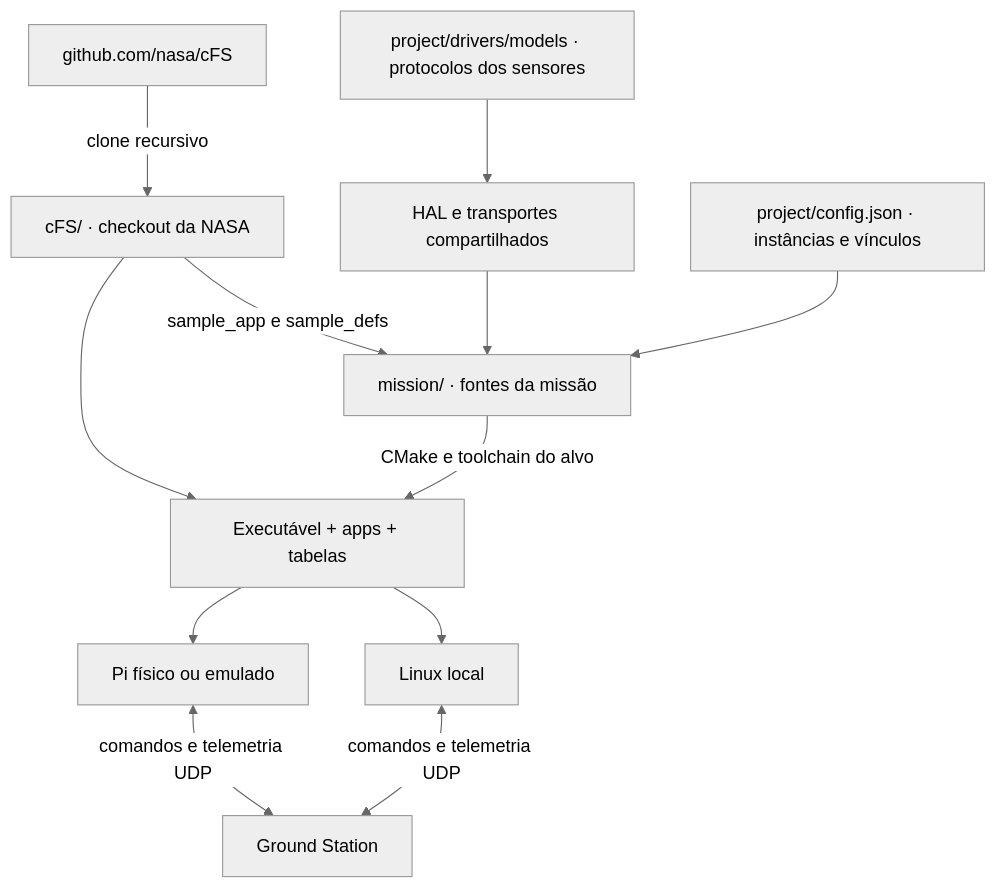
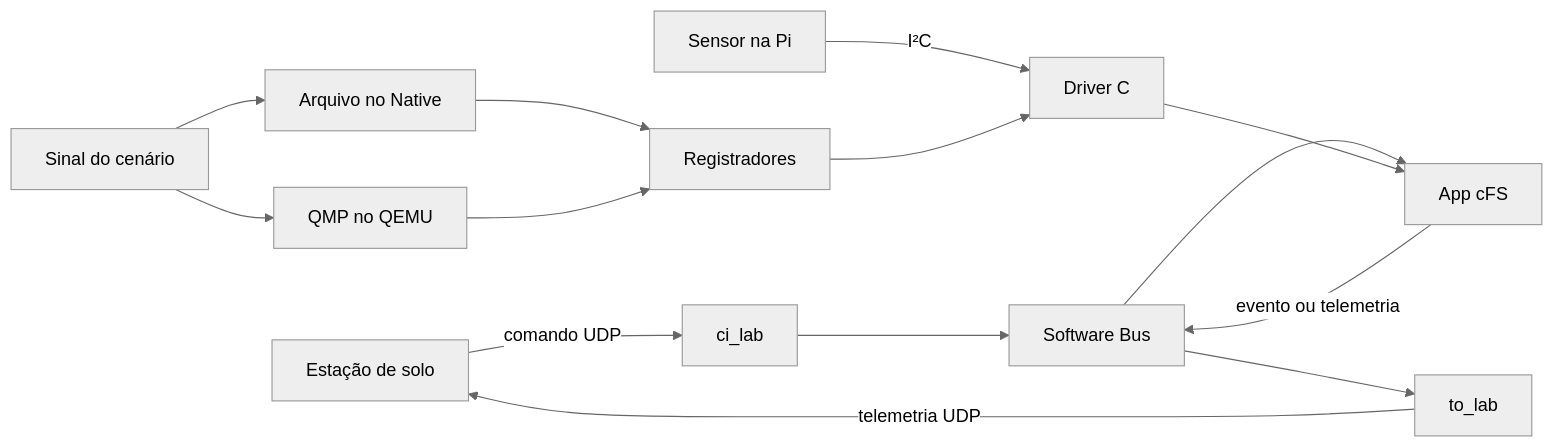
One commit to Raiagues/cfs_emulator changed the third of 3 diagrams in README.md. Above: the diagram before and after it, drawn with Mermaid (neutral theme). The commit also changed other lines of this file and 10 other files, not shown here.

````diff
--- a/README.md
+++ b/README.md
@@ -43,14 +85,9 @@
 ```mermaid
-flowchart TD
-    NASA[github.com/nasa/cFS] -->|clone recursivo| UP[cFS/ · checkout da NASA]
-    UP -->|sample_app e sample_defs| M[mission/ · fontes da missão]
-    Models[project/drivers/models · protocolos dos sensores] --> HAL[HAL e transportes compartilhados]
-    HAL --> M
-    Config[project/config.json · instâncias e vínculos] --> M
-    M -->|CMake e toolchain do alvo| Image[Executável + apps + tabelas]
-    UP --> Image
-    Image --> Host[Linux local]
-    Image --> Pi[Pi físico ou emulado]
-    Host <-->|comandos e telemetria UDP| GS[Ground Station]
-    Pi <-->|comandos e telemetria UDP| GS
+flowchart LR
+  GS[Estação de solo] -- comando UDP --> CI[ci_lab] --> SB[Software Bus] --> A[App cFS]
+  A -- evento ou telemetria --> SB --> TO[to_lab] -- telemetria UDP --> GS
+  S[Sinal do cenário] --> F[Arquivo no Native] --> D[Registradores]
+  S --> Q[QMP no QEMU] --> D
+  P[Sensor na Pi] -- I²C --> DR[Driver C]
+  D --> DR --> A
 ```
````
